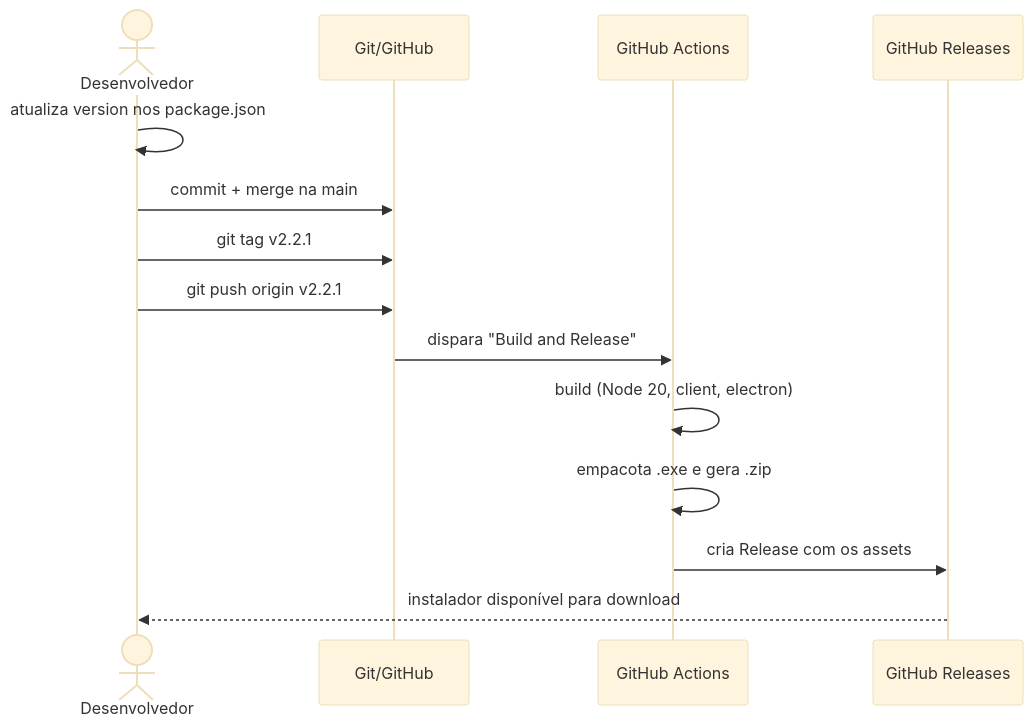
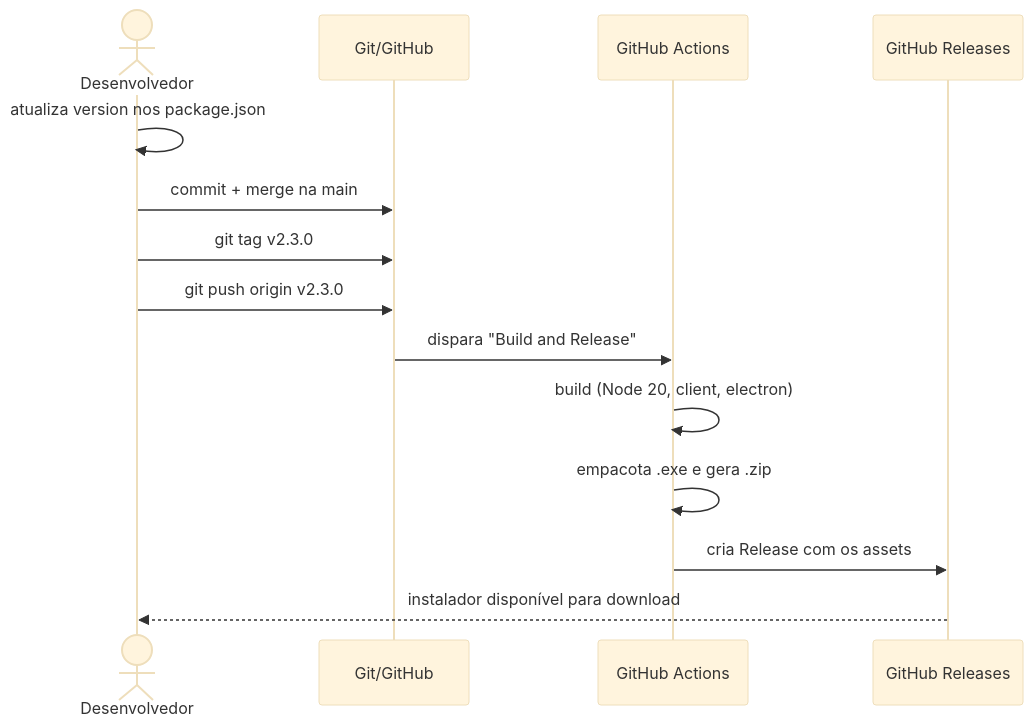
The third of 3 diagrams in docs/workflows-ci-cd.md (RuanPS01/cpp-review-app), drawn with Mermaid (base theme) before and after one commit. The commit also changed other lines of this file and 8 other files, not shown here.

````diff
--- a/docs/workflows-ci-cd.md
+++ b/docs/workflows-ci-cd.md
@@ -136,17 +136,17 @@
 ```mermaid
 sequenceDiagram
     actor Dev as Desenvolvedor
     participant Git as Git/GitHub
     participant CI as GitHub Actions
     participant Rel as GitHub Releases
 
     Dev->>Dev: atualiza version nos package.json
     Dev->>Git: commit + merge na main
-    Dev->>Git: git tag v2.2.1
-    Dev->>Git: git push origin v2.2.1
+    Dev->>Git: git tag v2.3.0
+    Dev->>Git: git push origin v2.3.0
     Git->>CI: dispara "Build and Release"
     CI->>CI: build (Node 20, client, electron)
     CI->>CI: empacota .exe e gera .zip
     CI->>Rel: cria Release com os assets
     Rel-->>Dev: instalador disponível para download
 ```
````
